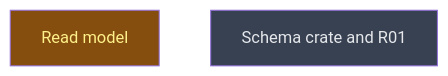
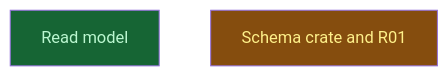
One commit to CrackingShells/cracking-shells-playbook changed the diagram in __roadmap__/m0b-domain-model-spec/read/README.md. Above: the diagram before and after it, drawn with Mermaid. The commit also changed other lines of this file and 1 other file, not shown here.

Commit message:
chore(roadmap): close the m0b read model and start the crate level

````diff
--- a/__roadmap__/m0b-domain-model-spec/read/README.md
+++ b/__roadmap__/m0b-domain-model-spec/read/README.md
@@ -19,10 +19,10 @@
 ```mermaid
 graph TD
-    read_model[Read model]:::inprogress
-    crate[Schema crate and R01]:::planned
+    read_model[Read model]:::done
+    crate[Schema crate and R01]:::inprogress
     classDef done       fill:#166534,color:#bbf7d0
     classDef inprogress fill:#854d0e,color:#fef08a
     classDef planned    fill:#374151,color:#e5e7eb
     classDef amendment  fill:#1e3a5f,color:#bfdbfe
     classDef blocked    fill:#7f1d1d,color:#fecaca
 ```
````
